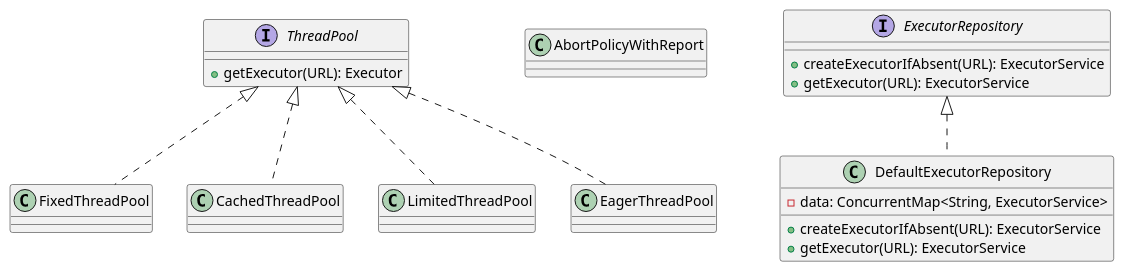
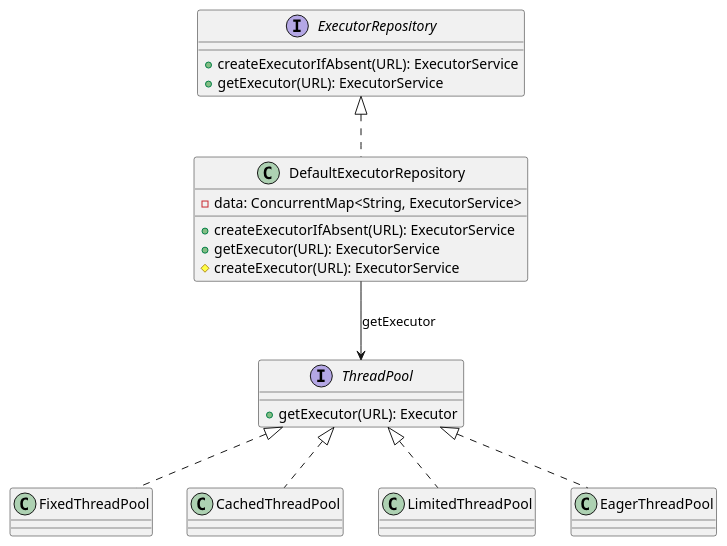
Before and after one commit to kevinwang930/kevinwang930.github.io: diagram 14 of 17 in content/post/network/dubbo/index.md, drawn with PlantUML. The commit also changed other lines of this file, not shown here.

````diff
--- a/content/post/network/dubbo/index.md
+++ b/content/post/network/dubbo/index.md
@@ -2908,24 +3314,26 @@
 ```plantuml
 @startuml
 top to bottom direction
 
 interface ThreadPool {
   + getExecutor(URL): Executor
 }
 class FixedThreadPool implements ThreadPool
 class CachedThreadPool implements ThreadPool
 class LimitedThreadPool implements ThreadPool
 class EagerThreadPool implements ThreadPool
-class AbortPolicyWithReport
 
 interface ExecutorRepository {
   + createExecutorIfAbsent(URL): ExecutorService
   + getExecutor(URL): ExecutorService
 }
 class DefaultExecutorRepository implements ExecutorRepository {
   - data: ConcurrentMap<String, ExecutorService>
   + createExecutorIfAbsent(URL): ExecutorService
   + getExecutor(URL): ExecutorService
+  # createExecutor(URL): ExecutorService
 }
+
+DefaultExecutorRepository --> ThreadPool : getExecutor
 @enduml
 ```
````
